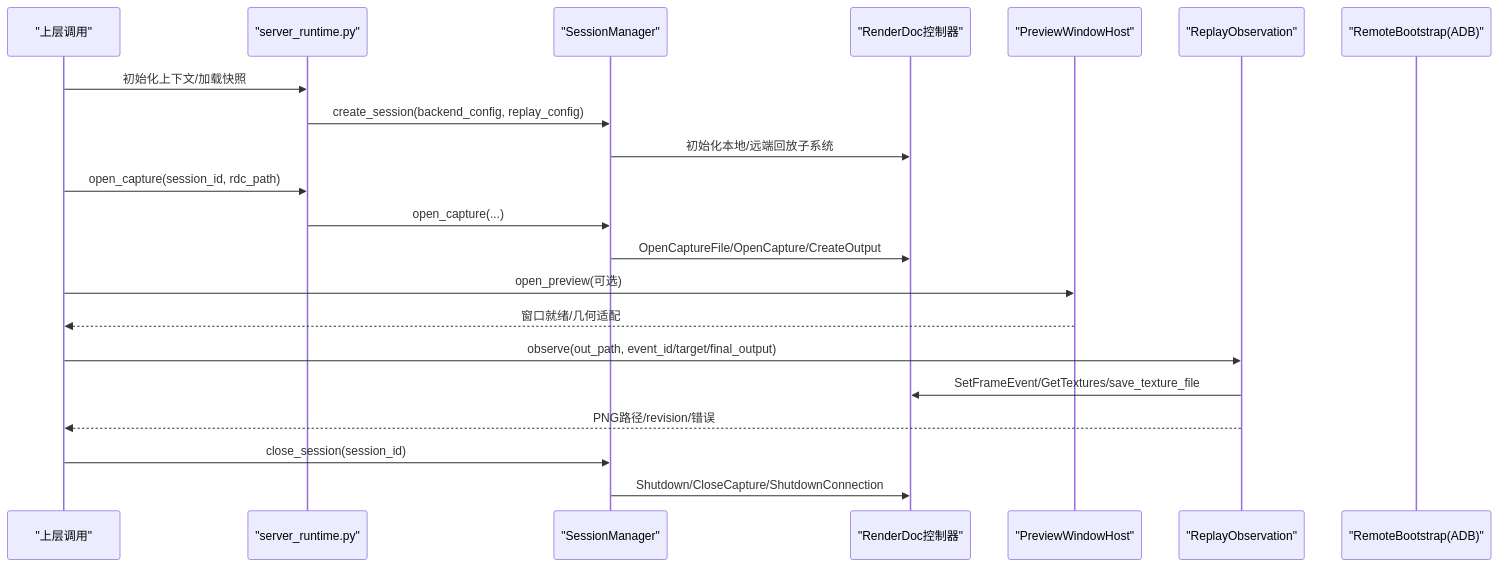
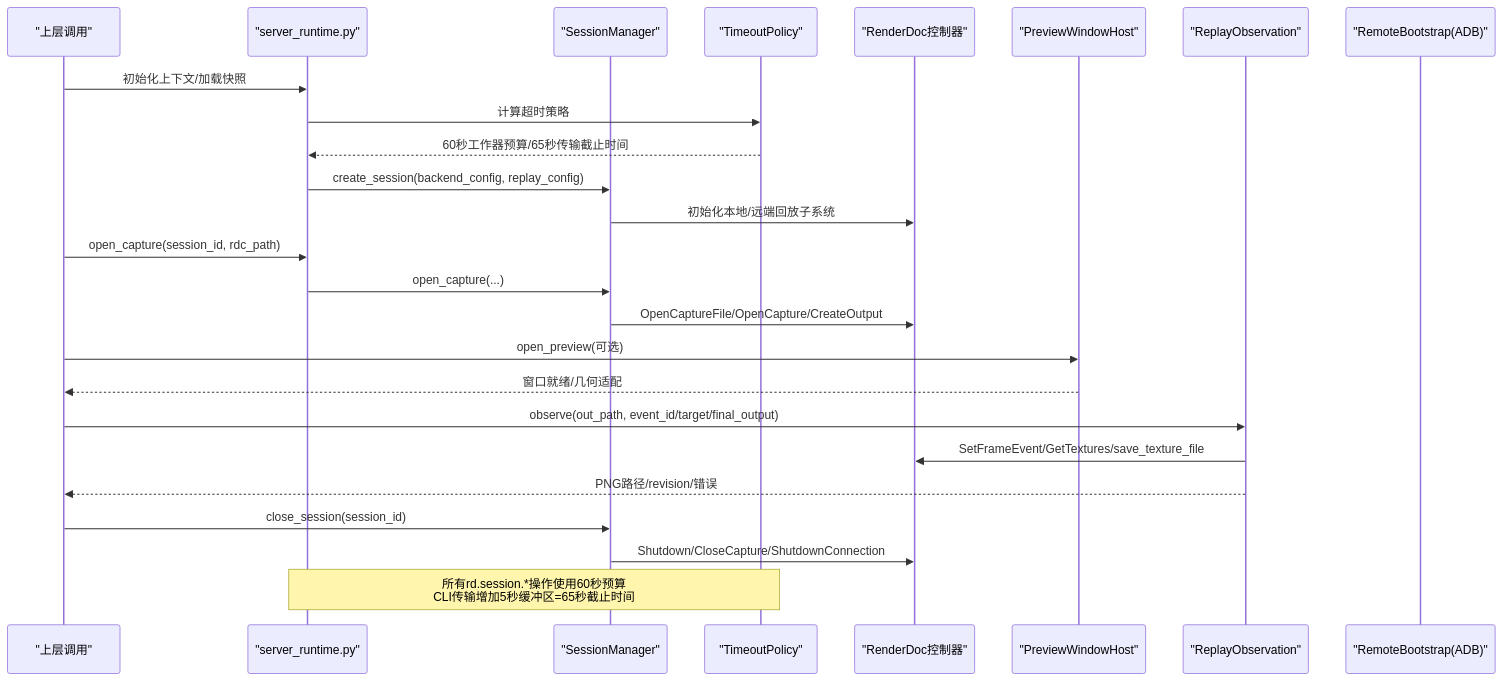
Before and after one commit to haolange/RDC-Tool: the second of 10 diagrams in .qoder/repowiki/zh/content/核心概念/会话模型.md, drawn with Mermaid. The commit also changed other lines of this file and 56 other files, not shown here.

````diff
--- a/.qoder/repowiki/zh/content/核心概念/会话模型.md
+++ b/.qoder/repowiki/zh/content/核心概念/会话模型.md
@@ -101,23 +121,27 @@
 ```mermaid
 sequenceDiagram
 participant U as "上层调用"
 participant S as "server_runtime.py"
 participant M as "SessionManager"
+participant T as "TimeoutPolicy"
 participant RD as "RenderDoc控制器"
 participant P as "PreviewWindowHost"
 participant O as "ReplayObservation"
 participant AB as "RemoteBootstrap(ADB)"
 U->>S : 初始化上下文/加载快照
+S->>T : 计算超时策略
+T-->>S : 60秒工作器预算/65秒传输截止时间
 S->>M : create_session(backend_config, replay_config)
 M->>RD : 初始化本地/远端回放子系统
 U->>S : open_capture(session_id, rdc_path)
 S->>M : open_capture(...)
 M->>RD : OpenCaptureFile/OpenCapture/CreateOutput
 U->>P : open_preview(可选)
 P-->>U : 窗口就绪/几何适配
 U->>O : observe(out_path, event_id/target/final_output)
 O->>RD : SetFrameEvent/GetTextures/save_texture_file
 O-->>U : PNG路径/revision/错误
 U->>M : close_session(session_id)
 M->>RD : Shutdown/CloseCapture/ShutdownConnection
+Note over T,S : 所有rd.session.*操作使用60秒预算<br/>CLI传输增加5秒缓冲区=65秒截止时间
 ```
````
